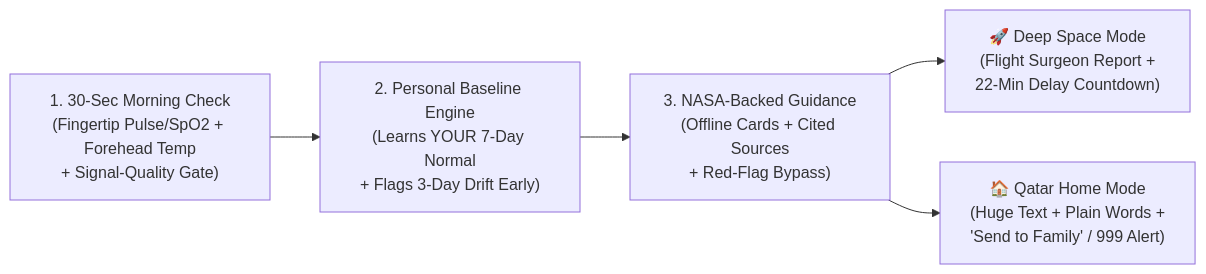
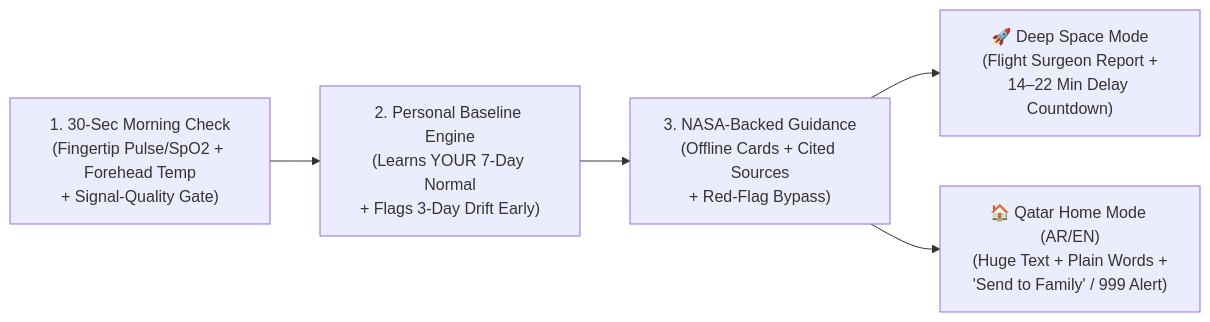
The diagram in pitch/SLIDES.md (dalil-qa/dalil), drawn with Mermaid before and after one commit. The commit also changed other lines of this file and 31 other files, not shown here.

Commit message:
Update team name to Team Baseera and align pitch script & slides with app Mars delay and Arabic Home Mode

````diff
--- a/pitch/SLIDES.md
+++ b/pitch/SLIDES.md
@@ -45,7 +46,7 @@
   ```mermaid
   flowchart LR
     A["1. 30-Sec Morning Check\n(Fingertip Pulse/SpO2 + Forehead Temp\n+ Signal-Quality Gate)"] --> B["2. Personal Baseline Engine\n(Learns YOUR 7-Day Normal\n+ Flags 3-Day Drift Early)"]
     B --> C["3. NASA-Backed Guidance\n(Offline Cards + Cited Sources\n+ Red-Flag Bypass)"]
-    C --> D1["🚀 Deep Space Mode\n(Flight Surgeon Report +\n22-Min Delay Countdown)"]
-    C --> D2["🏠 Qatar Home Mode\n(Huge Text + Plain Words +\n'Send to Family' / 999 Alert)"]
+    C --> D1["🚀 Deep Space Mode\n(Flight Surgeon Report +\n14–22 Min Delay Countdown)"]
+    C --> D2["🏠 Qatar Home Mode (AR/EN)\n(Huge Text + Plain Words +\n'Send to Family' / 999 Alert)"]
   ```
````
